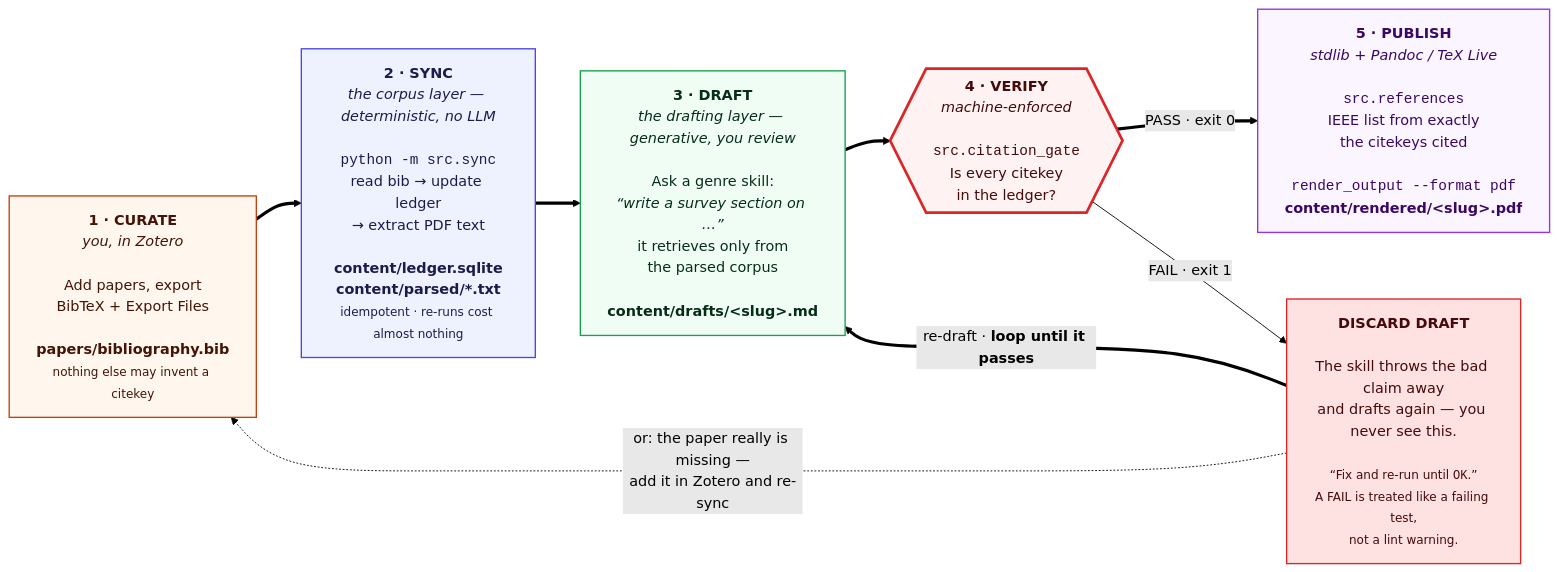
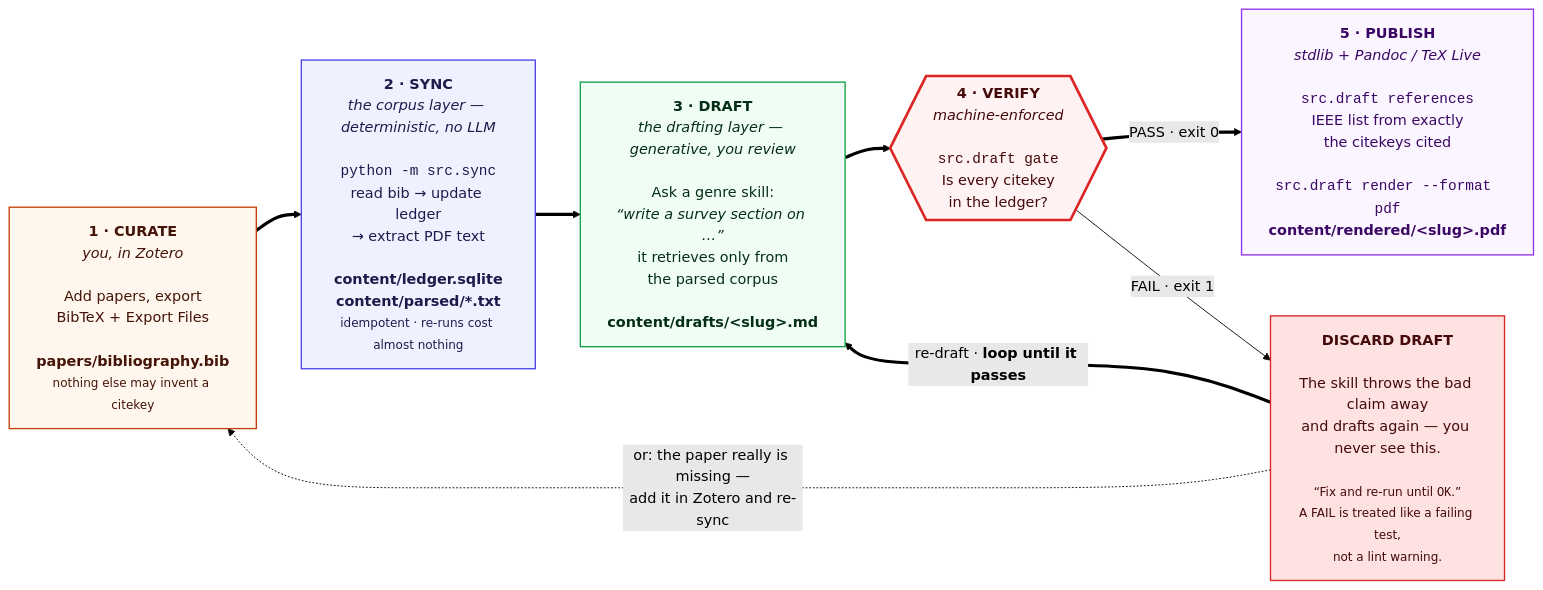
Before and after one commit to prasadtalasila/chitragupta: the first of 11 diagrams in docs/DIAGRAMS.md, drawn with Mermaid (forest theme). The commit also changed other lines of this file and 66 other files, not shown here.

````diff
--- a/docs/DIAGRAMS.md
+++ b/docs/DIAGRAMS.md
@@ -60,35 +60,35 @@
 ```mermaid
 flowchart LR
 
   P0["<b>1 · CURATE</b><br/><i>you, in Zotero</i><br/><br/>Add papers, export<br/>BibTeX + Export Files<br/><br/><b>papers/bibliography.bib</b><br/><small>nothing else may invent a citekey</small>"]
 
   P1["<b>2 · SYNC</b><br/><i>the corpus layer — deterministic, no LLM</i><br/><br/><code>python -m src.sync</code><br/>read bib → update ledger<br/>→ extract PDF text<br/><br/><b>content/ledger.sqlite</b><br/><b>content/parsed/*.txt</b><br/><small>idempotent · re-runs cost almost nothing</small>"]
 
   P2["<b>3 · DRAFT</b><br/><i>the drafting layer — generative, you review</i><br/><br/>Ask a genre skill:<br/><i>“write a survey section on …”</i><br/>it retrieves only from<br/>the parsed corpus<br/><br/><b>content/drafts/&lt;slug&gt;.md</b>"]
 
-  P3{{"<b>4 · VERIFY</b><br/><i>machine-enforced</i><br/><br/><code>src.citation_gate</code><br/>Is every citekey<br/>in the ledger?"}}
+  P3{{"<b>4 · VERIFY</b><br/><i>machine-enforced</i><br/><br/><code>src.draft gate</code><br/>Is every citekey<br/>in the ledger?"}}
 
-  P4["<b>5 · PUBLISH</b><br/><i>stdlib + Pandoc / TeX Live</i><br/><br/><code>src.references</code><br/>IEEE list from exactly<br/>the citekeys cited<br/><br/><code>render_output --format pdf</code><br/><b>content/rendered/&lt;slug&gt;.pdf</b>"]
+  P4["<b>5 · PUBLISH</b><br/><i>stdlib + Pandoc / TeX Live</i><br/><br/><code>src.draft references</code><br/>IEEE list from exactly<br/>the citekeys cited<br/><br/><code>src.draft render --format pdf</code><br/><b>content/rendered/&lt;slug&gt;.pdf</b>"]
 
   FIX["<b>DISCARD DRAFT</b><br/><br/>The skill throws the bad claim away<br/>and drafts again — you never see this.<br/><br/><small>“Fix and re-run until <code>OK</code>.”<br/>A FAIL is treated like a failing test,<br/>not a lint warning.</small>"]
 
   P0 ==> P1 ==> P2 ==> P3
   P3 == "PASS · exit 0" ==> P4
   P3 -- "FAIL · exit 1" --> FIX
   FIX == "re-draft · <b>loop until it passes</b>" ==> P2
   FIX -. "or: the paper really is missing —<br/>add it in Zotero and re-sync" .-> P0
 
   classDef you fill:#fff7ed,stroke:#c2410c,stroke-width:1.5px,color:#431407
   classDef det fill:#eef2ff,stroke:#4f46e5,stroke-width:1.5px,color:#1e1b4b
   classDef gen fill:#f0fdf4,stroke:#16a34a,stroke-width:1.5px,color:#052e16
   classDef gate fill:#fef2f2,stroke:#dc2626,stroke-width:3px,color:#450a0a
   classDef out fill:#faf5ff,stroke:#9333ea,stroke-width:1.5px,color:#3b0764
   classDef bad fill:#fee2e2,stroke:#dc2626,stroke-width:1.5px,color:#450a0a
 
   class P0 you
   class P1 det
   class P2 gen
   class P3 gate
   class P4 out
   class FIX bad
 ```
````
